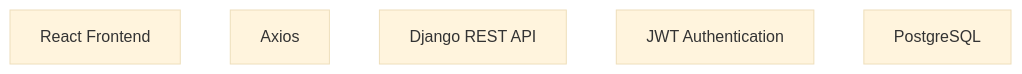
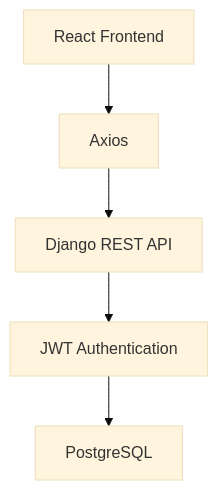
Before and after one commit to Ranjan21gg/Coaching-Management-SaaS: the diagram in README.md, drawn with Mermaid (base theme). The commit also changed other lines of this file, not shown here.

````diff
--- a/README.md
+++ b/README.md
@@ -91,13 +91,18 @@
 ```mermaid
 graph TD
 
 A[React Frontend]
 
 B[Axios]
 
 C[Django REST API]
 
 D[JWT Authentication]
 
 E[PostgreSQL]
+
+A --> B
+B --> C
+C --> D
+D --> E
 ```
````
